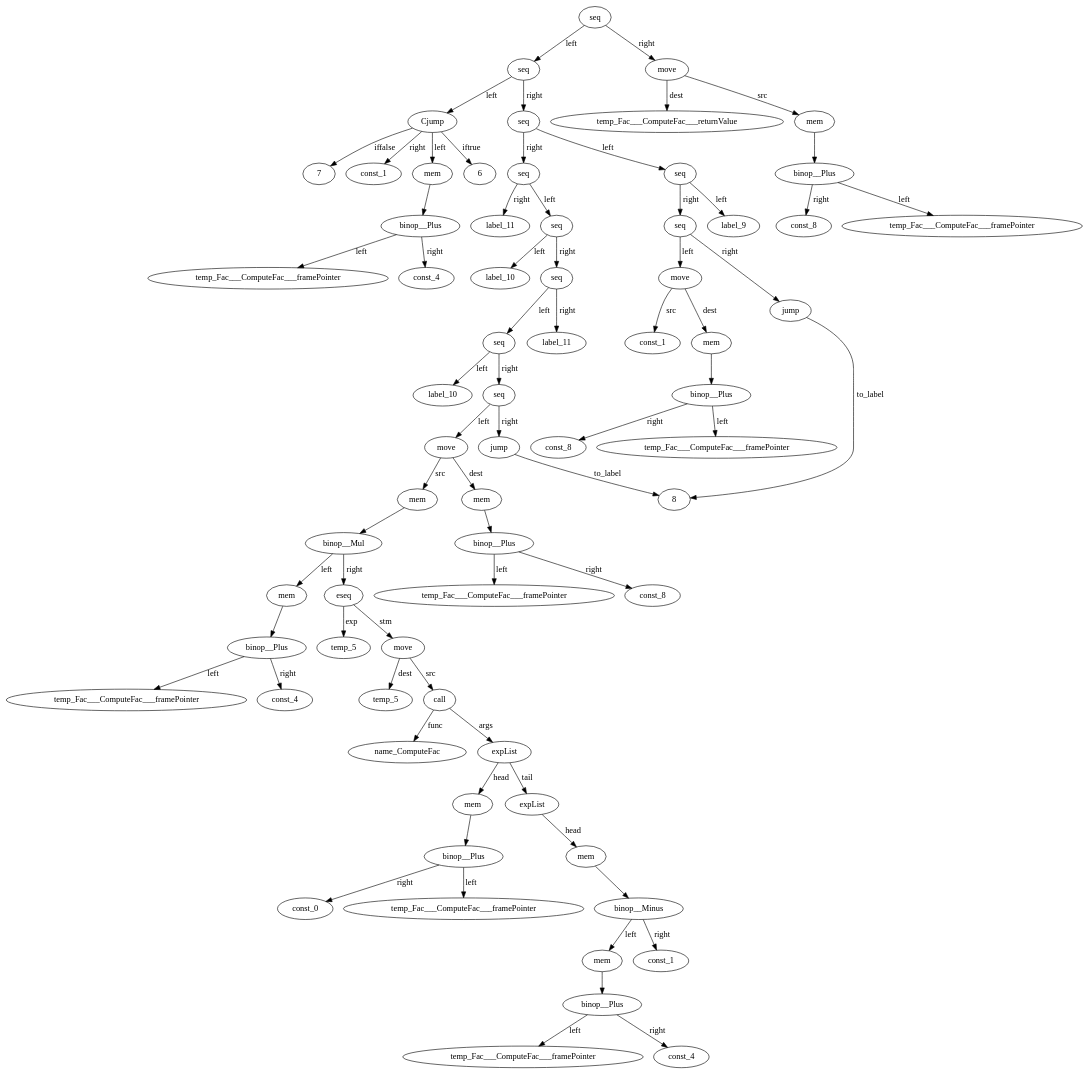
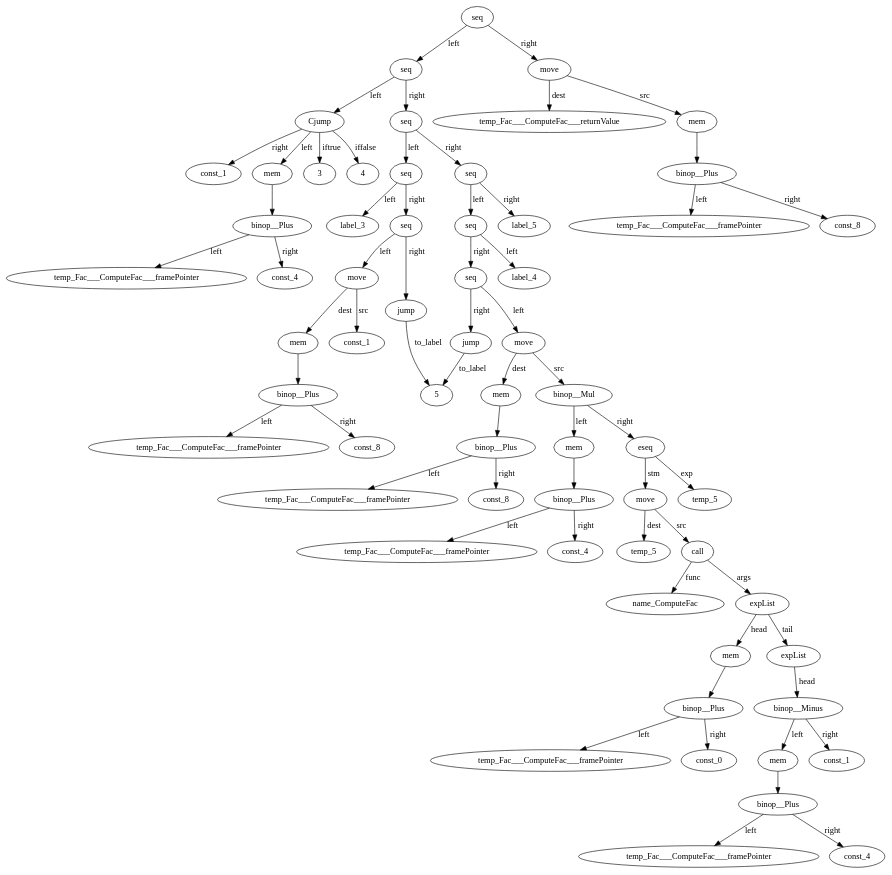
Before and after one commit to AnnaSavinova/GirlsHeapCompiler: the diagram in Compiler/Compiler/IRTree_Fac___ComputeFac.dot, drawn with Graphviz. The commit also changed 1 other file, not shown here.

```diff
--- a/Compiler/Compiler/IRTree_Fac___ComputeFac.dot
+++ b/Compiler/Compiler/IRTree_Fac___ComputeFac.dot
@@ -1,136 +1,124 @@
 digraph {
 const_1__id_0 [ label="const_1" ]; 
 temp_Fac___ComputeFac___framePointer__id_1 [ label="temp_Fac___ComputeFac___framePointer" ]; 
 const_4__id_2 [ label="const_4" ]; 
 binop__Plus__id_3 [ label="binop__Plus" ]; 
 binop__Plus__id_3 -> const_4__id_2 [ label="right"] ; 
 binop__Plus__id_3 -> temp_Fac___ComputeFac___framePointer__id_1 [ label="left"] ; 
 mem__id_4 [ label="mem" ]; 
 mem__id_4 -> binop__Plus__id_3 ; 
 Cjump__id_5 [ label="Cjump" ]; 
 Cjump__id_5 -> const_1__id_0 [ label="right"] ; 
 Cjump__id_5 -> mem__id_4 [ label="left"] ; 
-Cjump__id_5 -> 6 [ label="iftrue"] ; 
-Cjump__id_5 -> 7 [ label="iffalse"] ; 
-label_9__id_6 [ label="label_9" ]; 
+Cjump__id_5 -> 3 [ label="iftrue"] ; 
+Cjump__id_5 -> 4 [ label="iffalse"] ; 
+label_3__id_6 [ label="label_3" ]; 
 temp_Fac___ComputeFac___framePointer__id_7 [ label="temp_Fac___ComputeFac___framePointer" ]; 
 const_8__id_8 [ label="const_8" ]; 
 binop__Plus__id_9 [ label="binop__Plus" ]; 
 binop__Plus__id_9 -> const_8__id_8 [ label="right"] ; 
 binop__Plus__id_9 -> temp_Fac___ComputeFac___framePointer__id_7 [ label="left"] ; 
 mem__id_10 [ label="mem" ]; 
 mem__id_10 -> binop__Plus__id_9 ; 
 const_1__id_11 [ label="const_1" ]; 
 move__id_12 [ label="move" ]; 
 move__id_12 -> mem__id_10 [ label="dest"] ; 
 move__id_12 -> const_1__id_11 [ label="src"] ; 
 jump__id_13 [ label="jump" ]; 
-jump__id_13 -> 8 [ label="to_label"] ; 
+jump__id_13 -> 5 [ label="to_label"] ; 
 seq__id_14 [ label="seq" ]; 
 seq__id_14 -> move__id_12 [ label="left"] ; 
 seq__id_14 -> jump__id_13 [ label="right"] ; 
 seq__id_15 [ label="seq" ]; 
-seq__id_15 -> label_9__id_6 [ label="left"] ; 
+seq__id_15 -> label_3__id_6 [ label="left"] ; 
 seq__id_15 -> seq__id_14 [ label="right"] ; 
-label_10__id_16 [ label="label_10" ]; 
-label_10__id_17 [ label="label_10" ]; 
-temp_Fac___ComputeFac___framePointer__id_18 [ label="temp_Fac___ComputeFac___framePointer" ]; 
-const_8__id_19 [ label="const_8" ]; 
-binop__Plus__id_20 [ label="binop__Plus" ]; 
-binop__Plus__id_20 -> const_8__id_19 [ label="right"] ; 
-binop__Plus__id_20 -> temp_Fac___ComputeFac___framePointer__id_18 [ label="left"] ; 
-mem__id_21 [ label="mem" ]; 
-mem__id_21 -> binop__Plus__id_20 ; 
-temp_Fac___ComputeFac___framePointer__id_22 [ label="temp_Fac___ComputeFac___framePointer" ]; 
-const_4__id_23 [ label="const_4" ]; 
-binop__Plus__id_24 [ label="binop__Plus" ]; 
-binop__Plus__id_24 -> const_4__id_23 [ label="right"] ; 
-binop__Plus__id_24 -> temp_Fac___ComputeFac___framePointer__id_22 [ label="left"] ; 
-mem__id_25 [ label="mem" ]; 
-mem__id_25 -> binop__Plus__id_24 ; 
-temp_5__id_26 [ label="temp_5" ]; 
-name_ComputeFac__id_27 [ label="name_ComputeFac" ]; 
-temp_Fac___ComputeFac___framePointer__id_28 [ label="temp_Fac___ComputeFac___framePointer" ]; 
-const_0__id_29 [ label="const_0" ]; 
-binop__Plus__id_30 [ label="binop__Plus" ]; 
-binop__Plus__id_30 -> const_0__id_29 [ label="right"] ; 
-binop__Plus__id_30 -> temp_Fac___ComputeFac___framePointer__id_28 [ label="left"] ; 
-mem__id_31 [ label="mem" ]; 
-mem__id_31 -> binop__Plus__id_30 ; 
-temp_Fac___ComputeFac___framePointer__id_32 [ label="temp_Fac___ComputeFac___framePointer" ]; 
-const_4__id_33 [ label="const_4" ]; 
-binop__Plus__id_34 [ label="binop__Plus" ]; 
-binop__Plus__id_34 -> const_4__id_33 [ label="right"] ; 
-binop__Plus__id_34 -> temp_Fac___ComputeFac___framePointer__id_32 [ label="left"] ; 
-mem__id_35 [ label="mem" ]; 
-mem__id_35 -> binop__Plus__id_34 ; 
-const_1__id_36 [ label="const_1" ]; 
-binop__Minus__id_37 [ label="binop__Minus" ]; 
-binop__Minus__id_37 -> const_1__id_36 [ label="right"] ; 
-binop__Minus__id_37 -> mem__id_35 [ label="left"] ; 
-mem__id_38 [ label="mem" ]; 
-mem__id_38 -> binop__Minus__id_37 ; 
-expList__id_39 [ label="expList" ]; 
-expList__id_39 -> mem__id_38 [ label="head"] ; 
-expList__id_40 [ label="expList" ]; 
-expList__id_40 -> mem__id_31 [ label="head"] ; 
-expList__id_40 -> expList__id_39 [ label="tail"] ; 
-call__id_41 [ label="call" ]; 
-call__id_41 -> name_ComputeFac__id_27 [ label="func"] ; 
-call__id_41 -> expList__id_40 [ label="args"] ; 
-move__id_42 [ label="move" ]; 
-move__id_42 -> temp_5__id_26 [ label="dest"] ; 
-move__id_42 -> call__id_41 [ label="src"] ; 
-temp_5__id_43 [ label="temp_5" ]; 
-eseq__id_44 [ label="eseq" ]; 
-eseq__id_44 -> temp_5__id_43 [ label="exp"] ; 
-eseq__id_44 -> move__id_42 [ label="stm"] ; 
-binop__Mul__id_45 [ label="binop__Mul" ]; 
-binop__Mul__id_45 -> eseq__id_44 [ label="right"] ; 
-binop__Mul__id_45 -> mem__id_25 [ label="left"] ; 
-mem__id_46 [ label="mem" ]; 
-mem__id_46 -> binop__Mul__id_45 ; 
-move__id_47 [ label="move" ]; 
-move__id_47 -> mem__id_21 [ label="dest"] ; 
-move__id_47 -> mem__id_46 [ label="src"] ; 
-jump__id_48 [ label="jump" ]; 
-jump__id_48 -> 8 [ label="to_label"] ; 
+label_4__id_16 [ label="label_4" ]; 
+temp_Fac___ComputeFac___framePointer__id_17 [ label="temp_Fac___ComputeFac___framePointer" ]; 
+const_8__id_18 [ label="const_8" ]; 
+binop__Plus__id_19 [ label="binop__Plus" ]; 
+binop__Plus__id_19 -> const_8__id_18 [ label="right"] ; 
+binop__Plus__id_19 -> temp_Fac___ComputeFac___framePointer__id_17 [ label="left"] ; 
+mem__id_20 [ label="mem" ]; 
+mem__id_20 -> binop__Plus__id_19 ; 
+temp_Fac___ComputeFac___framePointer__id_21 [ label="temp_Fac___ComputeFac___framePointer" ]; 
+const_4__id_22 [ label="const_4" ]; 
+binop__Plus__id_23 [ label="binop__Plus" ]; 
+binop__Plus__id_23 -> const_4__id_22 [ label="right"] ; 
+binop__Plus__id_23 -> temp_Fac___ComputeFac___framePointer__id_21 [ label="left"] ; 
+mem__id_24 [ label="mem" ]; 
+mem__id_24 -> binop__Plus__id_23 ; 
+temp_5__id_25 [ label="temp_5" ]; 
+name_ComputeFac__id_26 [ label="name_ComputeFac" ]; 
+temp_Fac___ComputeFac___framePointer__id_27 [ label="temp_Fac___ComputeFac___framePointer" ]; 
+const_0__id_28 [ label="const_0" ]; 
+binop__Plus__id_29 [ label="binop__Plus" ]; 
+binop__Plus__id_29 -> const_0__id_28 [ label="right"] ; 
+binop__Plus__id_29 -> temp_Fac___ComputeFac___framePointer__id_27 [ label="left"] ; 
+mem__id_30 [ label="mem" ]; 
+mem__id_30 -> binop__Plus__id_29 ; 
+temp_Fac___ComputeFac___framePointer__id_31 [ label="temp_Fac___ComputeFac___framePointer" ]; 
+const_4__id_32 [ label="const_4" ]; 
+binop__Plus__id_33 [ label="binop__Plus" ]; 
+binop__Plus__id_33 -> const_4__id_32 [ label="right"] ; 
+binop__Plus__id_33 -> temp_Fac___ComputeFac___framePointer__id_31 [ label="left"] ; 
+mem__id_34 [ label="mem" ]; 
+mem__id_34 -> binop__Plus__id_33 ; 
+const_1__id_35 [ label="const_1" ]; 
+binop__Minus__id_36 [ label="binop__Minus" ]; 
+binop__Minus__id_36 -> const_1__id_35 [ label="right"] ; 
+binop__Minus__id_36 -> mem__id_34 [ label="left"] ; 
+expList__id_37 [ label="expList" ]; 
+expList__id_37 -> binop__Minus__id_36 [ label="head"] ; 
+expList__id_38 [ label="expList" ]; 
+expList__id_38 -> mem__id_30 [ label="head"] ; 
+expList__id_38 -> expList__id_37 [ label="tail"] ; 
+call__id_39 [ label="call" ]; 
+call__id_39 -> name_ComputeFac__id_26 [ label="func"] ; 
+call__id_39 -> expList__id_38 [ label="args"] ; 
+move__id_40 [ label="move" ]; 
+move__id_40 -> temp_5__id_25 [ label="dest"] ; 
+move__id_40 -> call__id_39 [ label="src"] ; 
+temp_5__id_41 [ label="temp_5" ]; 
+eseq__id_42 [ label="eseq" ]; 
+eseq__id_42 -> temp_5__id_41 [ label="exp"] ; 
+eseq__id_42 -> move__id_40 [ label="stm"] ; 
+binop__Mul__id_43 [ label="binop__Mul" ]; 
+binop__Mul__id_43 -> eseq__id_42 [ label="right"] ; 
+binop__Mul__id_43 -> mem__id_24 [ label="left"] ; 
+move__id_44 [ label="move" ]; 
+move__id_44 -> mem__id_20 [ label="dest"] ; 
+move__id_44 -> binop__Mul__id_43 [ label="src"] ; 
+jump__id_45 [ label="jump" ]; 
+jump__id_45 -> 5 [ label="to_label"] ; 
+seq__id_46 [ label="seq" ]; 
+seq__id_46 -> move__id_44 [ label="left"] ; 
+seq__id_46 -> jump__id_45 [ label="right"] ; 
+seq__id_47 [ label="seq" ]; 
+seq__id_47 -> label_4__id_16 [ label="left"] ; 
+seq__id_47 -> seq__id_46 [ label="right"] ; 
+label_5__id_48 [ label="label_5" ]; 
 seq__id_49 [ label="seq" ]; 
-seq__id_49 -> move__id_47 [ label="left"] ; 
-seq__id_49 -> jump__id_48 [ label="right"] ; 
+seq__id_49 -> seq__id_47 [ label="left"] ; 
+seq__id_49 -> label_5__id_48 [ label="right"] ; 
 seq__id_50 [ label="seq" ]; 
-seq__id_50 -> label_10__id_17 [ label="left"] ; 
+seq__id_50 -> seq__id_15 [ label="left"] ; 
 seq__id_50 -> seq__id_49 [ label="right"] ; 
-label_11__id_51 [ label="label_11" ]; 
-seq__id_52 [ label="seq" ]; 
-seq__id_52 -> seq__id_50 [ label="left"] ; 
-seq__id_52 -> label_11__id_51 [ label="right"] ; 
-seq__id_53 [ label="seq" ]; 
-seq__id_53 -> label_10__id_16 [ label="left"] ; 
-seq__id_53 -> seq__id_52 [ label="right"] ; 
-label_11__id_54 [ label="label_11" ]; 
-seq__id_55 [ label="seq" ]; 
-seq__id_55 -> seq__id_53 [ label="left"] ; 
-seq__id_55 -> label_11__id_54 [ label="right"] ; 
-seq__id_56 [ label="seq" ]; 
-seq__id_56 -> seq__id_15 [ label="left"] ; 
-seq__id_56 -> seq__id_55 [ label="right"] ; 
-seq__id_57 [ label="seq" ]; 
-seq__id_57 -> Cjump__id_5 [ label="left"] ; 
-seq__id_57 -> seq__id_56 [ label="right"] ; 
-temp_Fac___ComputeFac___returnValue__id_58 [ label="temp_Fac___ComputeFac___returnValue" ]; 
-temp_Fac___ComputeFac___framePointer__id_59 [ label="temp_Fac___ComputeFac___framePointer" ]; 
-const_8__id_60 [ label="const_8" ]; 
-binop__Plus__id_61 [ label="binop__Plus" ]; 
-binop__Plus__id_61 -> const_8__id_60 [ label="right"] ; 
-binop__Plus__id_61 -> temp_Fac___ComputeFac___framePointer__id_59 [ label="left"] ; 
-mem__id_62 [ label="mem" ]; 
-mem__id_62 -> binop__Plus__id_61 ; 
-move__id_63 [ label="move" ]; 
-move__id_63 -> temp_Fac___ComputeFac___returnValue__id_58 [ label="dest"] ; 
-move__id_63 -> mem__id_62 [ label="src"] ; 
-seq__id_64 [ label="seq" ]; 
-seq__id_64 -> seq__id_57 [ label="left"] ; 
-seq__id_64 -> move__id_63 [ label="right"] ; 
+seq__id_51 [ label="seq" ]; 
+seq__id_51 -> Cjump__id_5 [ label="left"] ; 
+seq__id_51 -> seq__id_50 [ label="right"] ; 
+temp_Fac___ComputeFac___returnValue__id_52 [ label="temp_Fac___ComputeFac___returnValue" ]; 
+temp_Fac___ComputeFac___framePointer__id_53 [ label="temp_Fac___ComputeFac___framePointer" ]; 
+const_8__id_54 [ label="const_8" ]; 
+binop__Plus__id_55 [ label="binop__Plus" ]; 
+binop__Plus__id_55 -> const_8__id_54 [ label="right"] ; 
+binop__Plus__id_55 -> temp_Fac___ComputeFac___framePointer__id_53 [ label="left"] ; 
+mem__id_56 [ label="mem" ]; 
+mem__id_56 -> binop__Plus__id_55 ; 
+move__id_57 [ label="move" ]; 
+move__id_57 -> temp_Fac___ComputeFac___returnValue__id_52 [ label="dest"] ; 
+move__id_57 -> mem__id_56 [ label="src"] ; 
+seq__id_58 [ label="seq" ]; 
+seq__id_58 -> seq__id_51 [ label="left"] ; 
+seq__id_58 -> move__id_57 [ label="right"] ; 
 
 }
```
